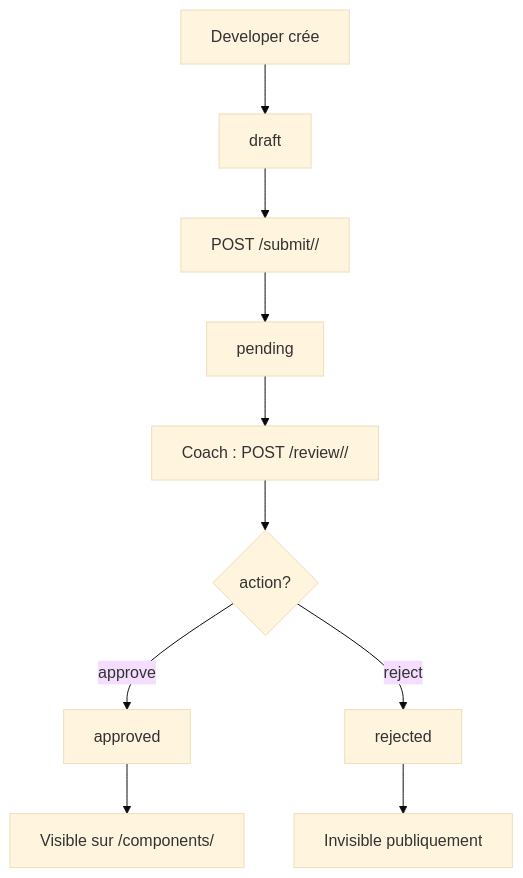
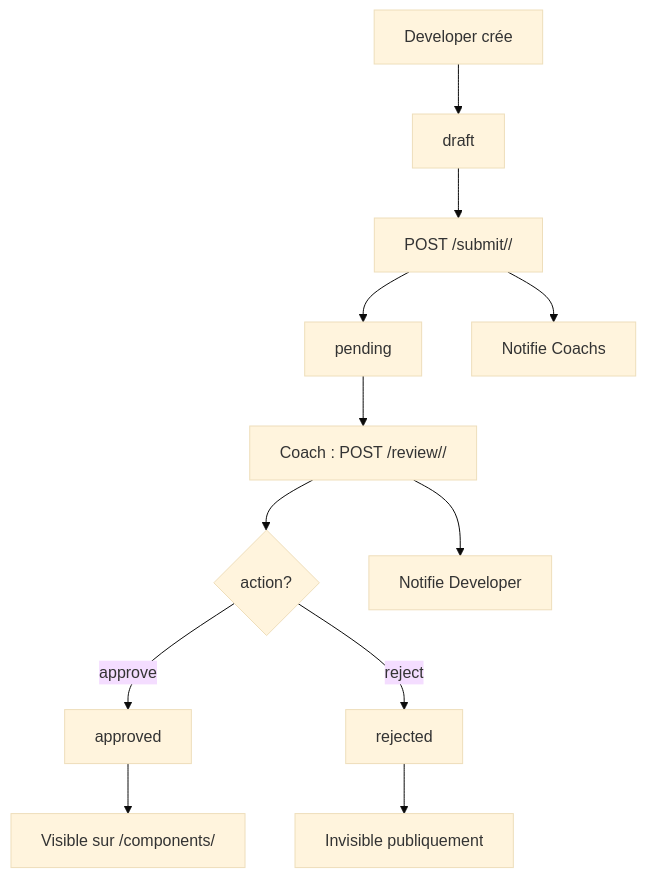
One commit to Mouss911/readteamcn-back changed the diagram in README.md. Above: the diagram before and after it, drawn with Mermaid (base theme). The commit also changed other lines of this file, not shown here.

````diff
--- a/README.md
+++ b/README.md
@@ -88,12 +102,14 @@
 ```mermaid
 graph TD
     A[Developer crée] --> B[draft]
     B --> C[POST /submit/<id>/]
     C --> D[pending]
     D --> E[Coach : POST /review/<id>/]
     E --> F{action?}
     F -->|approve| G[approved]
     F -->|reject| H[rejected]
     G --> I[Visible sur /components/]
     H --> J[Invisible publiquement]
+    C --> K[Notifie Coachs]
+    E --> L[Notifie Developer]
 ```
````
